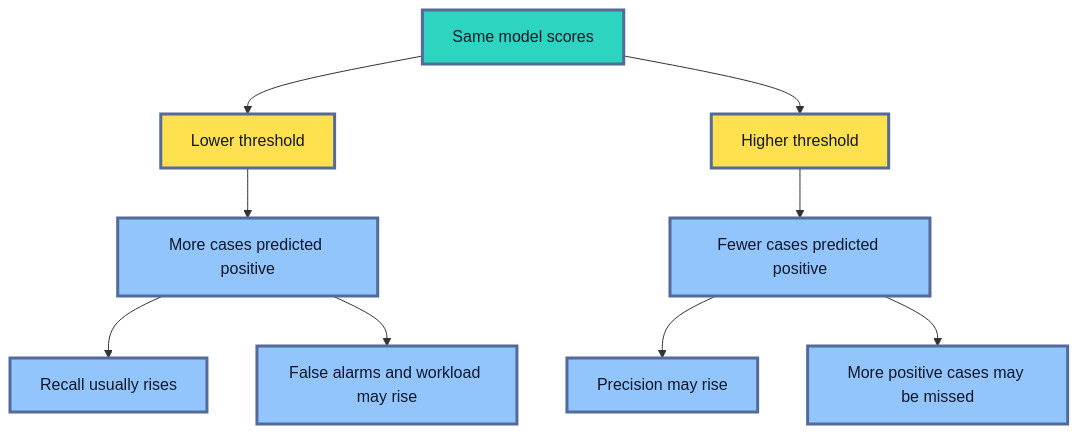
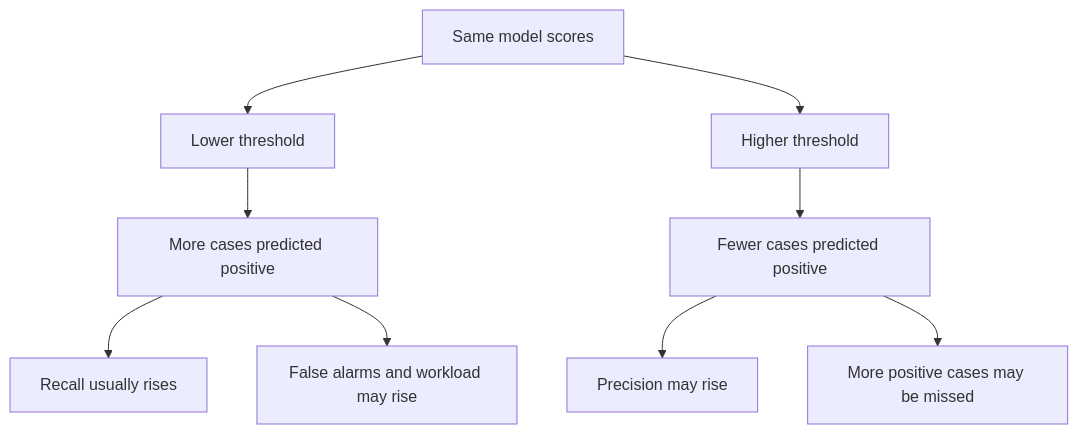
The fifth of 8 diagrams in roadmaps/mlops/modules/model-evaluation/offline-evaluation/02-classification-metrics.md (senlinyy/dev-roadmaps), drawn with Mermaid before and after one commit. The commit also changed other lines of this file and 152 other files, not shown here.

Commit message:
feat: mlops and diagrams updated

````diff
--- a/roadmaps/mlops/modules/model-evaluation/offline-evaluation/02-classification-metrics.md
+++ b/roadmaps/mlops/modules/model-evaluation/offline-evaluation/02-classification-metrics.md
@@ -203,15 +199,13 @@
 ```mermaid
 flowchart TD
     S["Same model scores"] --> L["Lower threshold"]
     S --> H["Higher threshold"]
     L --> LA["More cases predicted positive"] --> LR["Recall usually rises"]
     LA --> LP["False alarms and workload may rise"]
     H --> HA["Fewer cases predicted positive"] --> HP["Precision may rise"]
     HA --> HM["More positive cases may be missed"]
-    classDef source fill:#2DD4BF,stroke:#536A9A,stroke-width:3px,color:#0F172A
-    classDef choice fill:#FFE04F,stroke:#536A9A,stroke-width:3px,color:#111827
-    classDef effect fill:#93C5FD,stroke:#536A9A,stroke-width:3px,color:#0F172A
+
     class S source
     class L,H choice
     class LA,LR,LP,HA,HP,HM effect
 ```
````
